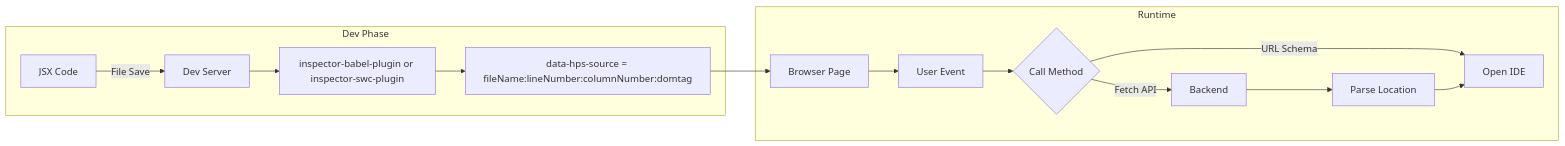
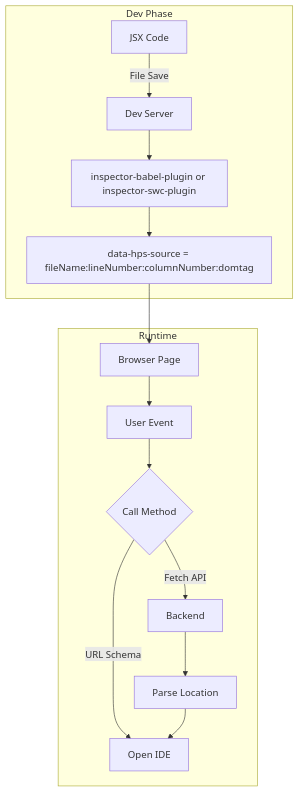
One commit to tclxshunquan-wang/code-inspector changed the diagram in README.md. Above: the diagram before and after it, drawn with Mermaid. The commit also changed 1 other file, not shown here.

Commit message:
docs: update flowchart direction in README and add changeset for patch updates to inspector packages

````diff
--- a/README.md
+++ b/README.md
@@ -430,18 +430,18 @@
 ```mermaid
-flowchart LR
+flowchart TB
     subgraph Dev Phase
     A[JSX Code] -->|File Save| B[Dev Server]
     B --> C[inspector-babel-plugin or inspector-swc-plugin]
     C --> D[data-hps-source = fileName:lineNumber:columnNumber:domtag]
     end
 
     subgraph Runtime
     D --> E[Browser Page]
     E --> F[User Event]
     F --> G{Call Method}
     G -->|URL Schema| H[Open IDE]
     G -->|Fetch API| I[Backend]
     I --> J[Parse Location]
     J --> H
     end
 ```
````
